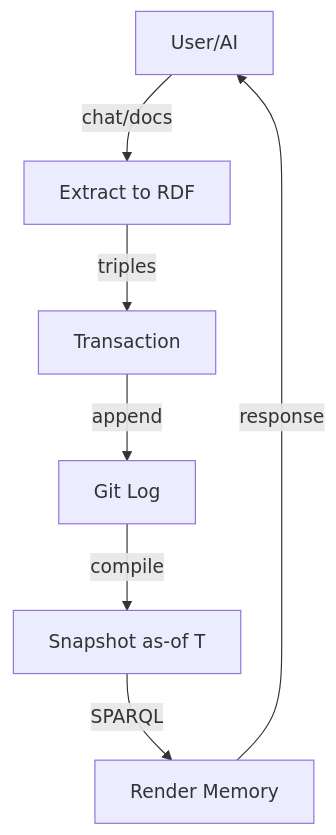
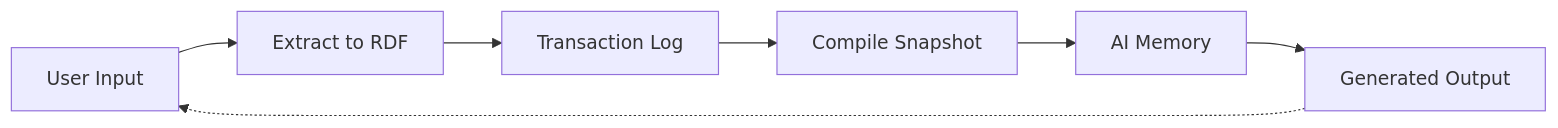
Before and after one commit to Synthetic-Identity-Co/conj-talk-2025: the first of 9 diagrams in presenter.md, drawn with Mermaid. The commit also changed other lines of this file, not shown here.

````diff
--- a/presenter.md
+++ b/presenter.md
@@ -53,9 +44,9 @@
 ```mermaid
-graph TB
-    User[User/AI] -->|chat/docs| Extract[Extract to RDF]
-    Extract -->|triples| Tx[Transaction]
-    Tx -->|append| Log[Git Log]
-    Log -->|compile| Snapshot[Snapshot as-of T]
-    Snapshot -->|SPARQL| Render[Render Memory]
-    Render -->|response| User
+graph LR
+    A[User Input] --> B[Extract to RDF]
+    B --> C[Transaction Log]
+    C --> D[Compile Snapshot]
+    D --> E[AI Memory]
+    E --> F[Generated Output]
+    F -.-> A
 ```
````
